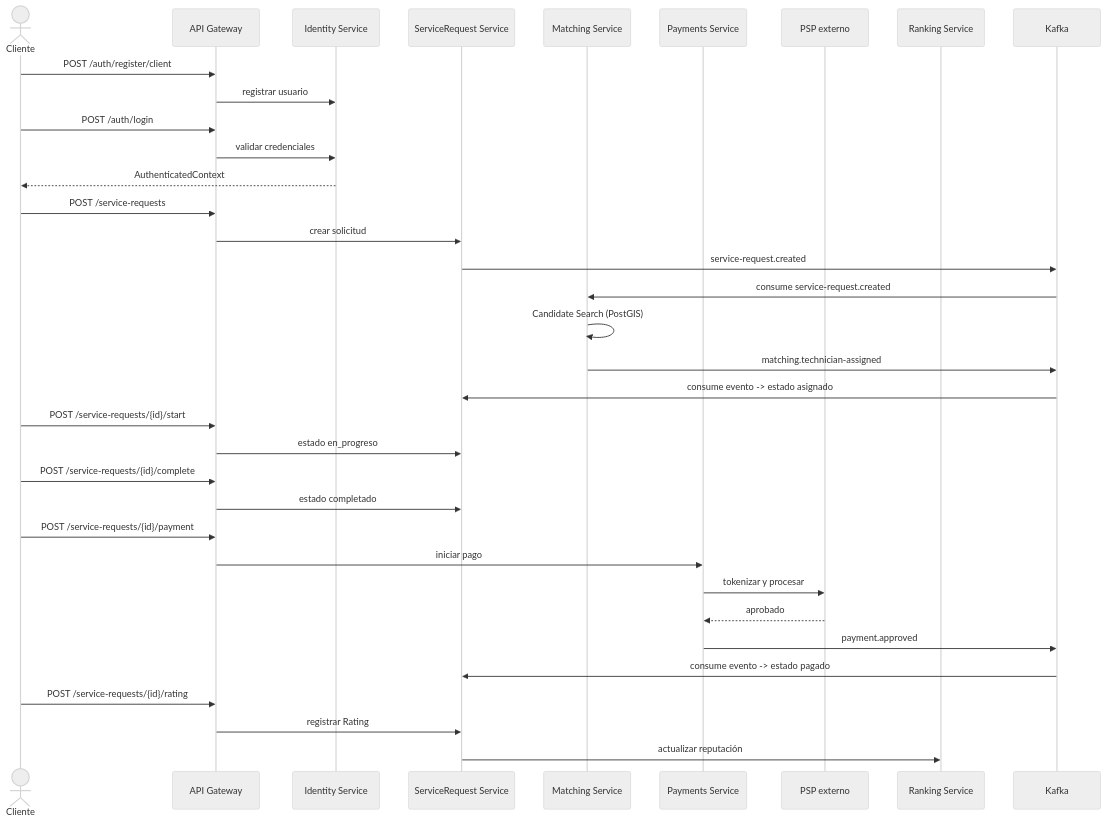
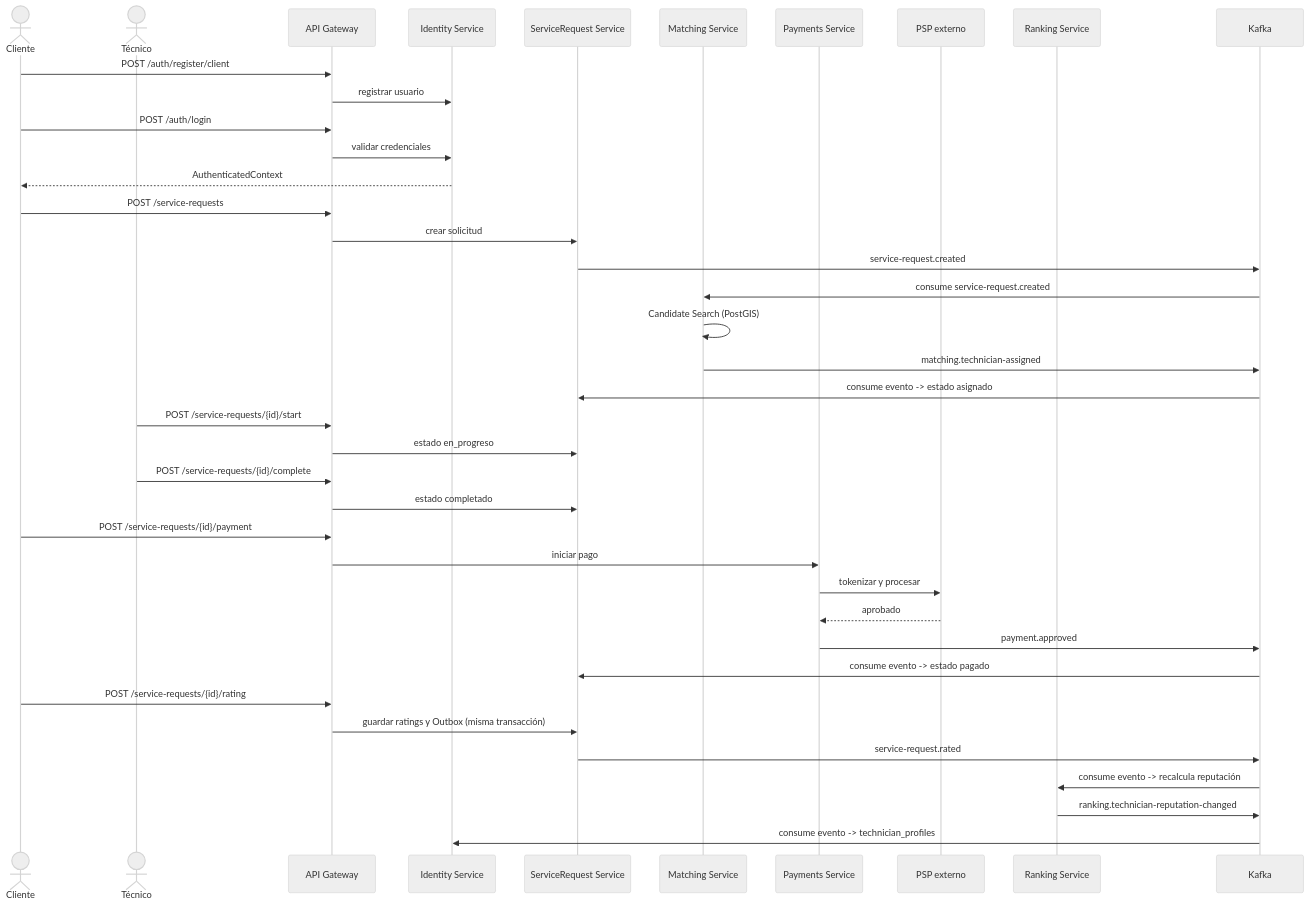
One commit to ARQUI-202630/quickpatch changed the fifth of 7 diagrams in docs/architecture/SDD.md. Above: the diagram before and after it, drawn with Mermaid (neutral theme). The commit also changed other lines of this file, not shown here.

````diff
--- a/docs/architecture/SDD.md
+++ b/docs/architecture/SDD.md
@@ -1300,43 +1300,47 @@
 ```mermaid
 sequenceDiagram
     actor C as Cliente
+    actor T as Técnico
     participant GW as API Gateway
     participant ID as Identity Service
     participant SR as ServiceRequest Service
     participant MS as Matching Service
     participant PAY as Payments Service
     participant PSP as PSP externo
     participant RK as Ranking Service
     participant K as Kafka
 
     C->>GW: POST /auth/register/client
     GW->>ID: registrar usuario
     C->>GW: POST /auth/login
     GW->>ID: validar credenciales
     ID-->>C: AuthenticatedContext
 
     C->>GW: POST /service-requests
     GW->>SR: crear solicitud
     SR->>K: service-request.created
 
     K->>MS: consume service-request.created
     MS->>MS: Candidate Search (PostGIS)
     MS->>K: matching.technician-assigned
     K->>SR: consume evento -> estado asignado
 
-    C->>GW: POST /service-requests/{id}/start
+    T->>GW: POST /service-requests/{id}/start
     GW->>SR: estado en_progreso
-    C->>GW: POST /service-requests/{id}/complete
+    T->>GW: POST /service-requests/{id}/complete
     GW->>SR: estado completado
 
     C->>GW: POST /service-requests/{id}/payment
     GW->>PAY: iniciar pago
     PAY->>PSP: tokenizar y procesar
     PSP-->>PAY: aprobado
     PAY->>K: payment.approved
     K->>SR: consume evento -> estado pagado
 
     C->>GW: POST /service-requests/{id}/rating
-    GW->>SR: registrar Rating
-    SR->>RK: actualizar reputación
+    GW->>SR: guardar ratings y Outbox (misma transacción)
+    SR->>K: service-request.rated
+    K->>RK: consume evento -> recalcula reputación
+    RK->>K: ranking.technician-reputation-changed
+    K->>ID: consume evento -> technician_profiles
 ```
````
